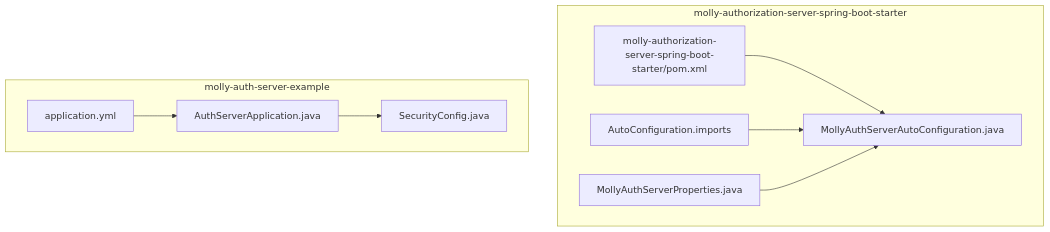
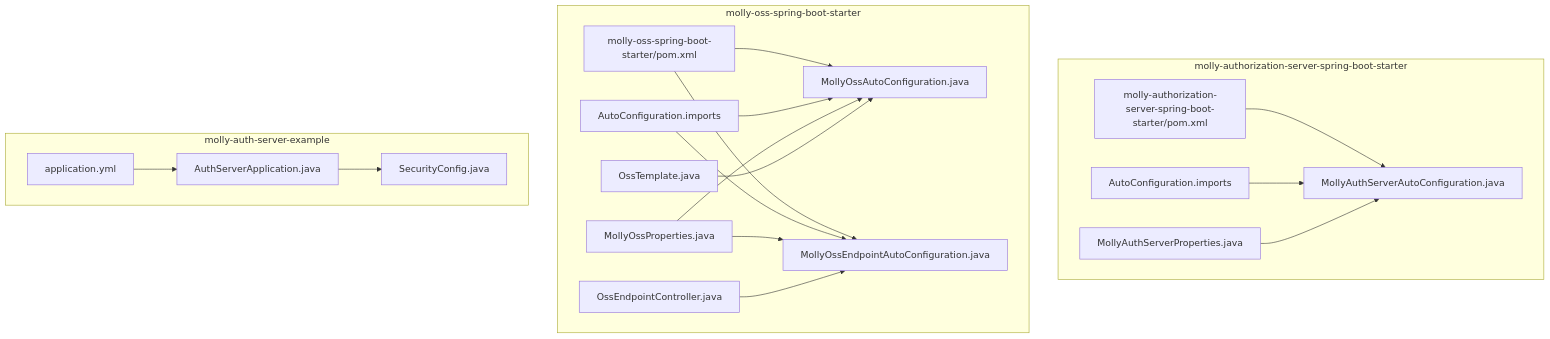
One commit to hutengqi/molly changed the first of 10 diagrams in .qoder/repowiki/zh/content/核心模块详解/自动配置系统.md. Above: the diagram before and after it, drawn with Mermaid. The commit also changed other lines of this file and 3 other files, not shown here.

````diff
--- a/.qoder/repowiki/zh/content/核心模块详解/自动配置系统.md
+++ b/.qoder/repowiki/zh/content/核心模块详解/自动配置系统.md
@@ -45,19 +66,36 @@
 ```mermaid
 graph TB
 subgraph "molly-authorization-server-spring-boot-starter"
 AAC["MollyAuthServerAutoConfiguration.java"]
 MAP["MollyAuthServerProperties.java"]
-IMPORTS["AutoConfiguration.imports"]
+IMPORTS1["AutoConfiguration.imports"]
 POM1["molly-authorization-server-spring-boot-starter/pom.xml"]
+end
+subgraph "molly-oss-spring-boot-starter"
+OAC["MollyOssAutoConfiguration.java"]
+OEAC["MollyOssEndpointAutoConfiguration.java"]
+MOP["MollyOssProperties.java"]
+OEC["OssEndpointController.java"]
+OT["OssTemplate.java"]
+IMPORTS2["AutoConfiguration.imports"]
+POM2["molly-oss-spring-boot-starter/pom.xml"]
 end
 subgraph "molly-auth-server-example"
 APP["AuthServerApplication.java"]
 SEC["SecurityConfig.java"]
 YML["application.yml"]
 end
 POM1 --> AAC
-IMPORTS --> AAC
+IMPORTS1 --> AAC
 MAP --> AAC
+POM2 --> OAC
+POM2 --> OEAC
+IMPORTS2 --> OAC
+IMPORTS2 --> OEAC
+MOP --> OAC
+MOP --> OEAC
+OEC --> OEAC
+OT --> OAC
 APP --> SEC
 YML --> APP
 ```
````
